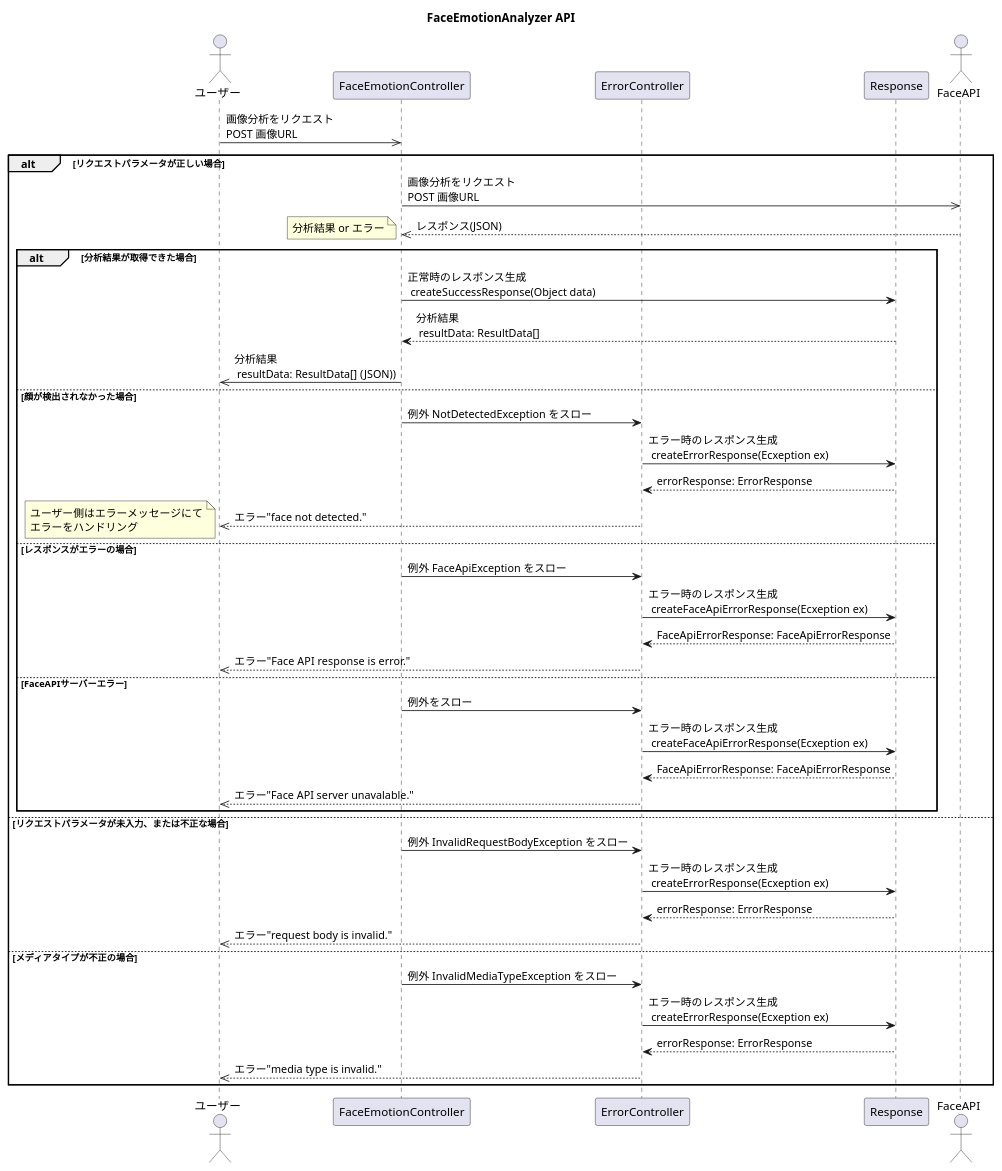
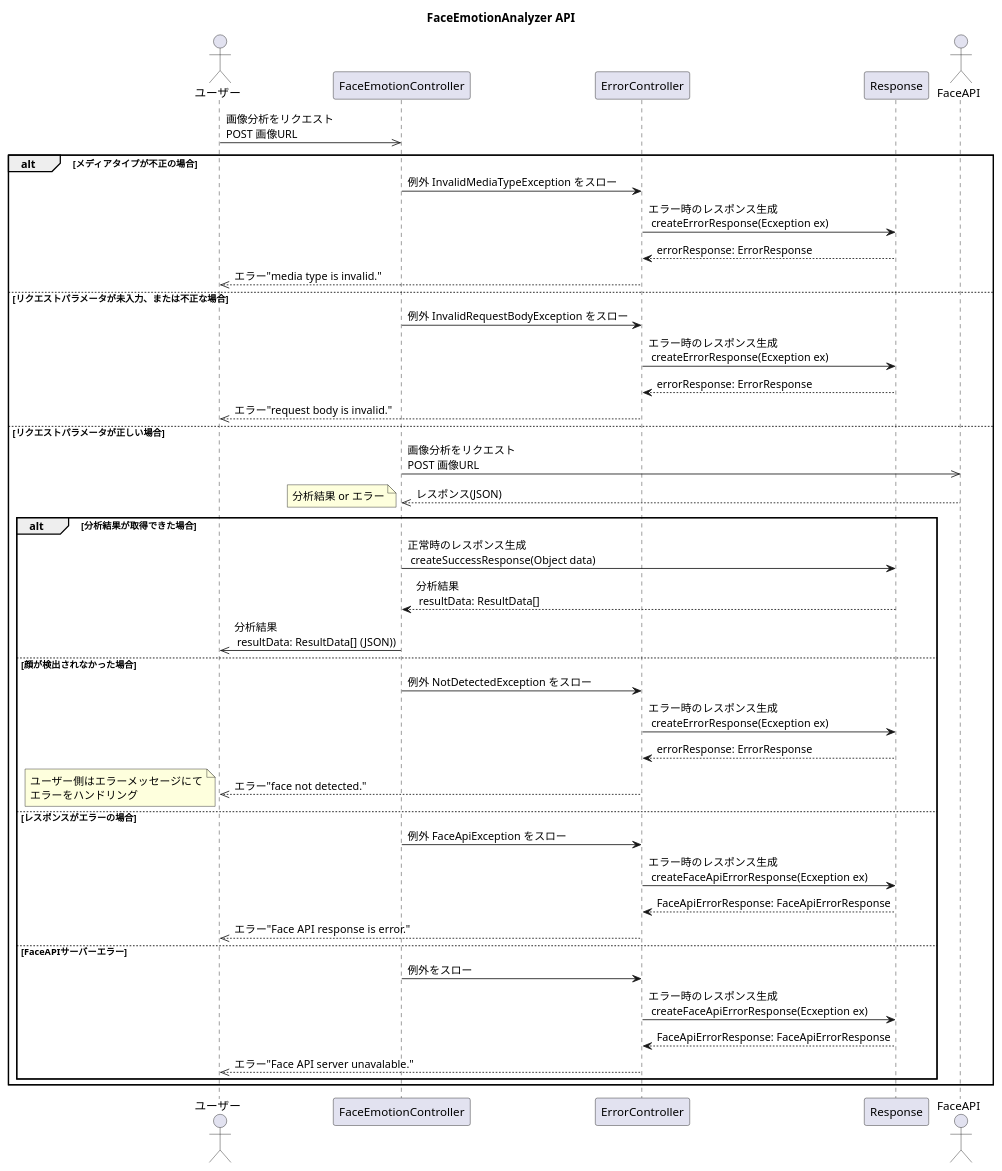
The diagram in doc/uml/seqDaigApi.pu (nishikawa1114/FaceEmotionSystem), drawn with PlantUML before and after one commit.

Commit message:
シーケンス図　場合分けの順序を変更

```diff
--- a/doc/uml/seqDaigApi.pu
+++ b/doc/uml/seqDaigApi.pu
@@ -1,55 +1,56 @@
 @startuml
 title FaceEmotionAnalyzer API
 
 actor ユーザー
 participant FaceEmotionController
 participant ErrorController
 participant Response
 actor FaceAPI
 
 ユーザー ->> FaceEmotionController: 画像分析をリクエスト\nPOST 画像URL
 
+alt メディアタイプが不正の場合
+    FaceEmotionController -> ErrorController: 例外 InvalidMediaTypeException をスロー
+    ErrorController -> Response: エラー時のレスポンス生成\n createErrorResponse(Ecxeption ex)
+    ErrorController <-- Response: errorResponse: ErrorResponse
+    ユーザー <<-- ErrorController: エラー"media type is invalid."
 
-alt リクエストパラメータが正しい場合
+else リクエストパラメータが未入力、または不正な場合
+    FaceEmotionController -> ErrorController: 例外 InvalidRequestBodyException をスロー
+    ErrorController -> Response: エラー時のレスポンス生成\n createErrorResponse(Ecxeption ex)
+    ErrorController <-- Response: errorResponse: ErrorResponse
+    ユーザー <<-- ErrorController: エラー"request body is invalid."
+
+else リクエストパラメータが正しい場合
     FaceEmotionController ->> FaceAPI: 画像分析をリクエスト\nPOST 画像URL
     FaceEmotionController <<-- FaceAPI: レスポンス(JSON)
     note left: 分析結果 or エラー
 
     alt 分析結果が取得できた場合
         FaceEmotionController -> Response: 正常時のレスポンス生成\n createSuccessResponse(Object data)
         FaceEmotionController <-- Response: 分析結果\n resultData: ResultData[]
         ユーザー <<- FaceEmotionController: 分析結果\n resultData: ResultData[] (JSON))
     else 顔が検出されなかった場合
         FaceEmotionController -> ErrorController: 例外 NotDetectedException をスロー
         ErrorController -> Response: エラー時のレスポンス生成\n createErrorResponse(Ecxeption ex)
         ErrorController <-- Response: errorResponse: ErrorResponse
         ユーザー <<-- ErrorController: エラー"face not detected."
         note left : ユーザー側はエラーメッセージにて\nエラーをハンドリング
     else レスポンスがエラーの場合
         FaceEmotionController -> ErrorController: 例外 FaceApiException をスロー
         ErrorController -> Response: エラー時のレスポンス生成\n createFaceApiErrorResponse(Ecxeption ex)
         ErrorController <-- Response: FaceApiErrorResponse: FaceApiErrorResponse
         ユーザー <<-- ErrorController: エラー"Face API response is error."
     else FaceAPIサーバーエラー
         FaceEmotionController -> ErrorController: 例外をスロー
         ErrorController -> Response: エラー時のレスポンス生成\n createFaceApiErrorResponse(Ecxeption ex)
         ErrorController <-- Response: FaceApiErrorResponse: FaceApiErrorResponse
         ユーザー <<-- ErrorController: エラー"Face API server unavalable."
     end
 
 
-else リクエストパラメータが未入力、または不正な場合
-    FaceEmotionController -> ErrorController: 例外 InvalidRequestBodyException をスロー
-    ErrorController -> Response: エラー時のレスポンス生成\n createErrorResponse(Ecxeption ex)
-    ErrorController <-- Response: errorResponse: ErrorResponse
-    ユーザー <<-- ErrorController: エラー"request body is invalid."
 
-else メディアタイプが不正の場合
-    FaceEmotionController -> ErrorController: 例外 InvalidMediaTypeException をスロー
-    ErrorController -> Response: エラー時のレスポンス生成\n createErrorResponse(Ecxeption ex)
-    ErrorController <-- Response: errorResponse: ErrorResponse
-    ユーザー <<-- ErrorController: エラー"media type is invalid."
 
 end
 
 @enduml
```
